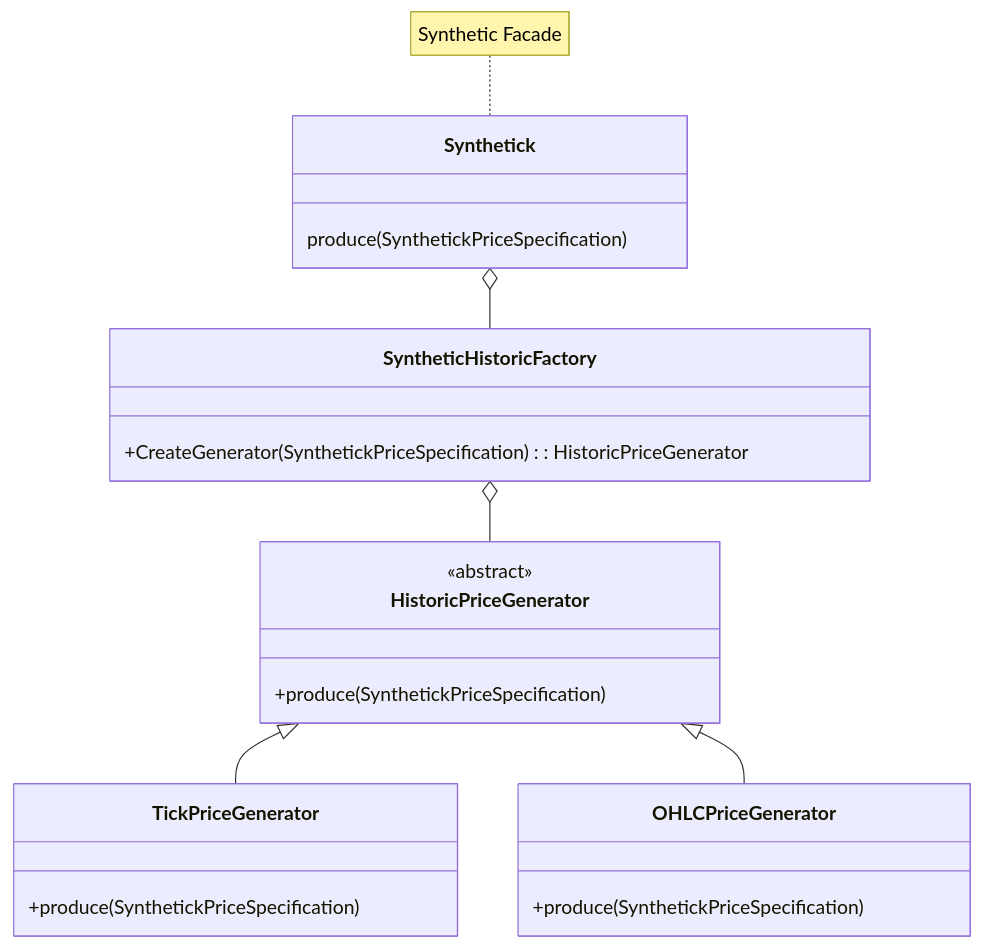
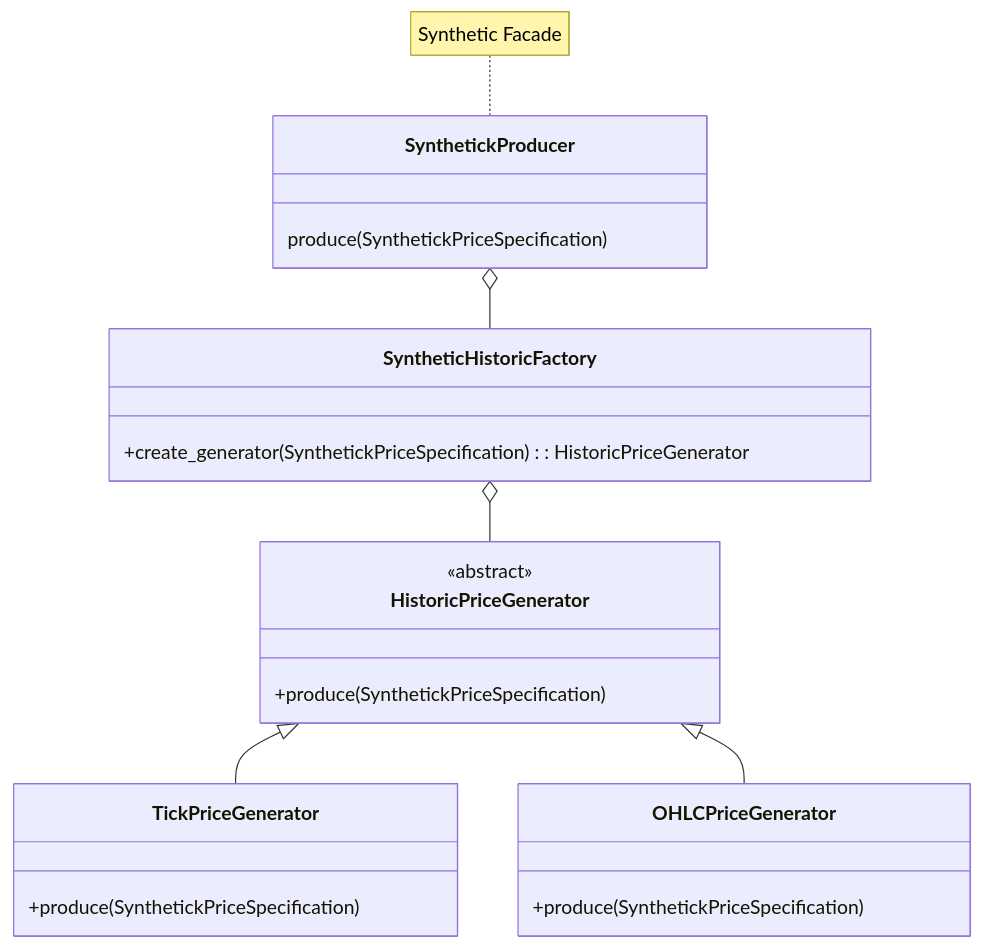
One commit to mchiuminatto/api-synthetick changed the fourth of 4 diagrams in docs/ADR.md. Above: the diagram before and after it, drawn with Mermaid. The commit also changed 11 other files, not shown here.

````diff
--- a/docs/ADR.md
+++ b/docs/ADR.md
@@ -78,29 +78,29 @@
 ```mermaid
 classDiagram    
 
-note for Synthetick "Synthetic Facade"
+note for SynthetickProducer "Synthetic Facade"
 class HistoricPriceGenerator {
     <<abstract>>
     +produce(SynthetickPriceSpecification)
 }
 
 class TickPriceGenerator {
     +produce(SynthetickPriceSpecification)
 }
 
 class OHLCPriceGenerator {
     +produce(SynthetickPriceSpecification)
 }
 class SyntheticHistoricFactory {
-    +CreateGenerator(SynthetickPriceSpecification): HistoricPriceGenerator
+    +create_generator(SynthetickPriceSpecification): HistoricPriceGenerator
 }
 
-class Synthetick{
+class SynthetickProducer{
     produce(SynthetickPriceSpecification)
 }
 
 SyntheticHistoricFactory o-- HistoricPriceGenerator
 HistoricPriceGenerator <|-- TickPriceGenerator
 HistoricPriceGenerator <|-- OHLCPriceGenerator
-Synthetick o-- SyntheticHistoricFactory
+SynthetickProducer o-- SyntheticHistoricFactory
 ```
````
